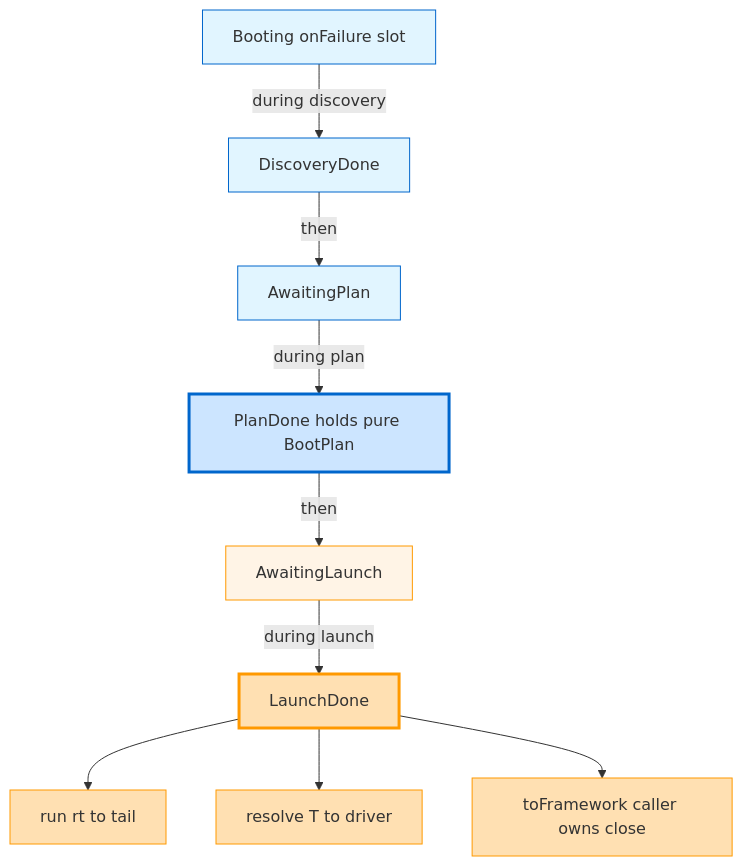
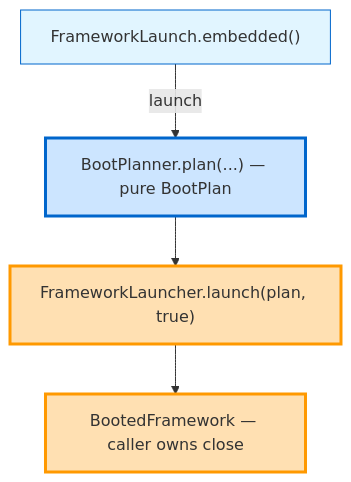
One commit to nxmatic/rke2lab changed the second of 3 diagrams in docs/architecture/osgi/osgi-boot-decomposition-spec.adoc. Above: the diagram before and after it, drawn with Mermaid. The commit also changed other lines of this file and 18 other files, not shown here.

```diff
--- a/docs/architecture/osgi/osgi-boot-decomposition-spec.adoc
+++ b/docs/architecture/osgi/osgi-boot-decomposition-spec.adoc
@@ -127,30 +130,15 @@
 [mermaid]
 ----
 flowchart TB
-  Booting["Booting onFailure slot"]
-  DiscDone["DiscoveryDone"]
-  AwaitPlan["AwaitingPlan"]
-  PlanDone["PlanDone holds pure BootPlan"]
-  AwaitLaunch["AwaitingLaunch"]
-  LaunchDone["LaunchDone"]
-  RunT["run rt to tail"]
-  ResolveT["resolve T to driver"]
-  FwT["toFramework caller owns close"]
-  Booting -->|during discovery| DiscDone
-  DiscDone -->|then| AwaitPlan
-  AwaitPlan -->|during plan| PlanDone
-  PlanDone -->|then| AwaitLaunch
-  AwaitLaunch -->|during launch| LaunchDone
-  LaunchDone --> RunT
-  LaunchDone --> ResolveT
-  LaunchDone --> FwT
-  style Booting fill:#e1f5ff,stroke:#0066cc
-  style DiscDone fill:#e1f5ff,stroke:#0066cc
-  style AwaitPlan fill:#e1f5ff,stroke:#0066cc
-  style PlanDone fill:#cce5ff,stroke:#0066cc,stroke-width:3px
-  style AwaitLaunch fill:#fff4e6,stroke:#ff9900
-  style LaunchDone fill:#ffe0b2,stroke:#ff9900,stroke-width:3px
-  style RunT fill:#ffe0b2,stroke:#ff9900
-  style ResolveT fill:#ffe0b2,stroke:#ff9900
-  style FwT fill:#ffe0b2,stroke:#ff9900
+  Embedded["FrameworkLaunch.embedded()"]
+  Plan["BootPlanner.plan(...) — pure BootPlan"]
+  Launch["FrameworkLauncher.launch(plan, true)"]
+  Booted["BootedFramework — caller owns close"]
+  Embedded -->|launch| Plan
+  Plan --> Launch
+  Launch --> Booted
+  style Embedded fill:#e1f5ff,stroke:#0066cc
+  style Plan fill:#cce5ff,stroke:#0066cc,stroke-width:3px
+  style Launch fill:#ffe0b2,stroke:#ff9900,stroke-width:3px
+  style Booted fill:#ffe0b2,stroke:#ff9900,stroke-width:3px
 ----
```
